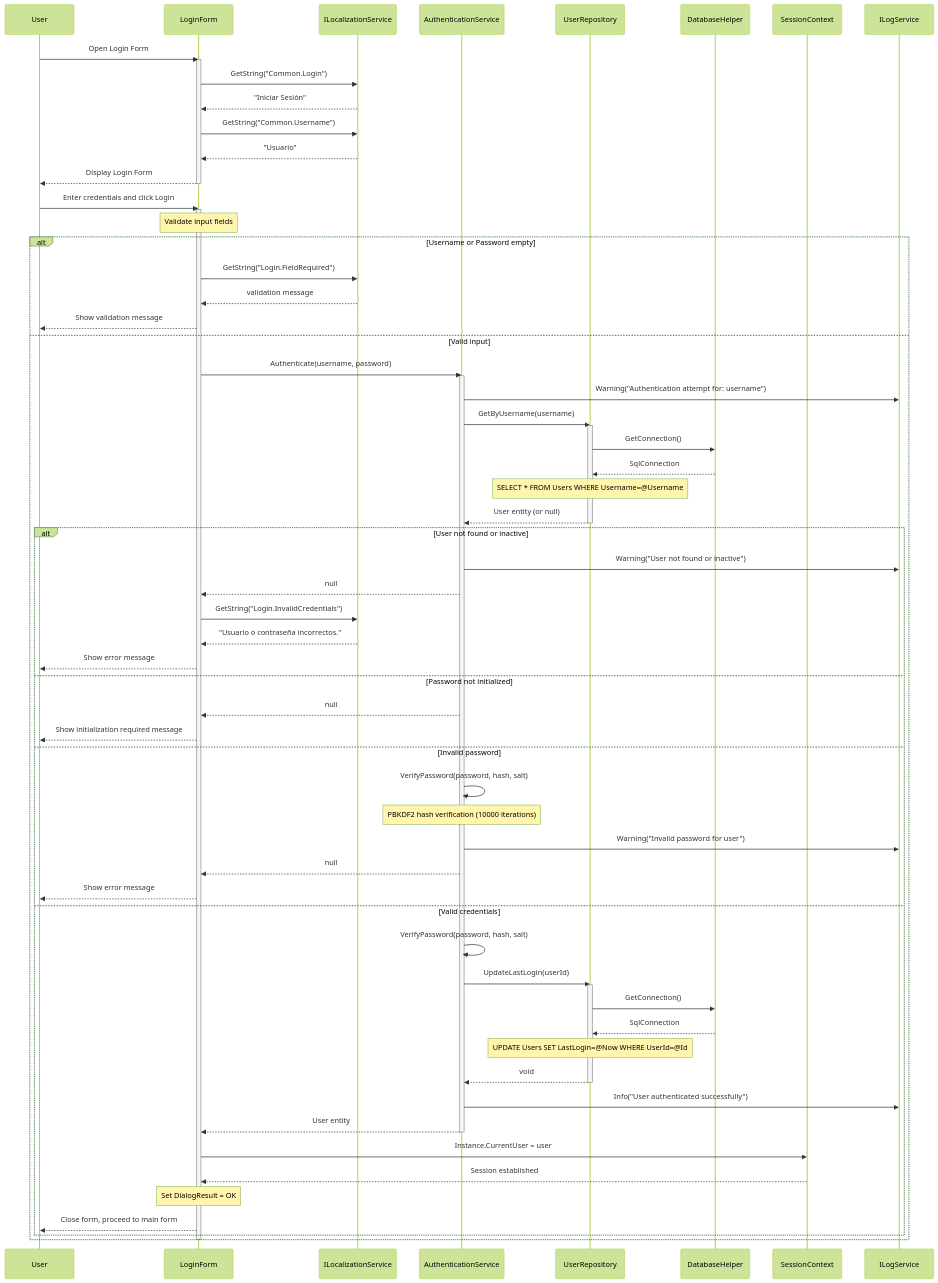
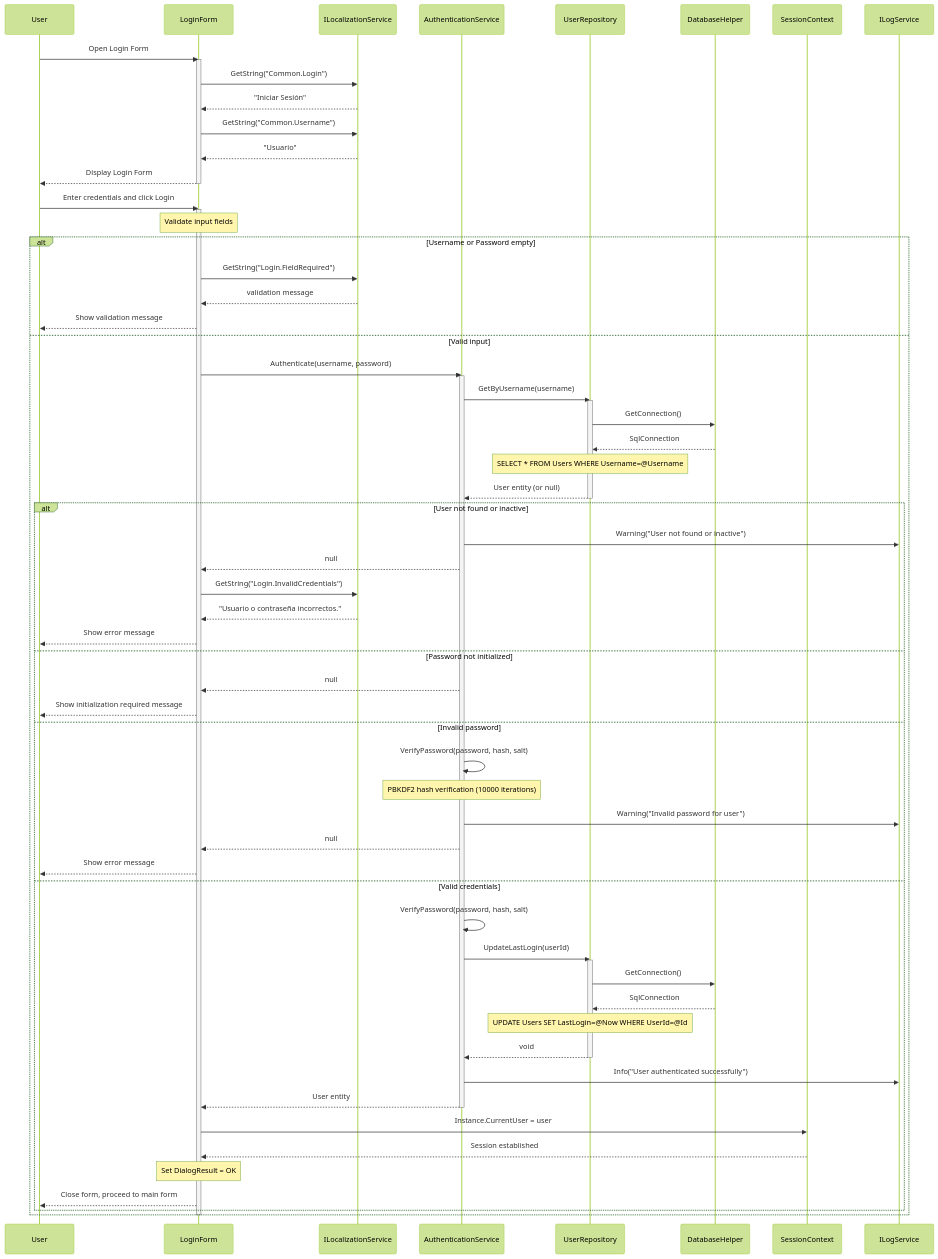
The first of 2 diagrams in Documentation/UML_Diagrams/02_Login_Process_Sequence_Diagram.md (nahuk86/tp_diploma_nk_2026), drawn with Mermaid (forest theme) before and after one commit. The commit also changed 6 other files, not shown here.

Commit message:
Update UML diagrams 01-07 to reflect actual implementation

````diff
--- a/Documentation/UML_Diagrams/02_Login_Process_Sequence_Diagram.md
+++ b/Documentation/UML_Diagrams/02_Login_Process_Sequence_Diagram.md
@@ -9,74 +9,73 @@
 ```mermaid
 sequenceDiagram
     participant User as User
     participant UI as LoginForm
     participant Loc as ILocalizationService
     participant Auth as AuthenticationService
     participant UserRepo as UserRepository
     participant DB as DatabaseHelper
     participant Session as SessionContext
     participant Log as ILogService
 
     User->>UI: Open Login Form
     activate UI
     UI->>Loc: GetString("Common.Login")
     Loc-->>UI: "Iniciar Sesión"
     UI->>Loc: GetString("Common.Username")
     Loc-->>UI: "Usuario"
     UI-->>User: Display Login Form
     deactivate UI
 
     User->>UI: Enter credentials and click Login
     activate UI
     Note over UI: Validate input fields
     alt Username or Password empty
         UI->>Loc: GetString("Login.FieldRequired")
         Loc-->>UI: validation message
         UI-->>User: Show validation message
     else Valid input
         UI->>Auth: Authenticate(username, password)
         activate Auth
-        Auth->>Log: Warning("Authentication attempt for: username")
         Auth->>UserRepo: GetByUsername(username)
         activate UserRepo
         UserRepo->>DB: GetConnection()
         DB-->>UserRepo: SqlConnection
         Note over UserRepo: SELECT * FROM Users WHERE Username=@Username
         UserRepo-->>Auth: User entity (or null)
         deactivate UserRepo
 
         alt User not found or inactive
             Auth->>Log: Warning("User not found or inactive")
             Auth-->>UI: null
             UI->>Loc: GetString("Login.InvalidCredentials")
             Loc-->>UI: "Usuario o contraseña incorrectos."
             UI-->>User: Show error message
         else Password not initialized
             Auth-->>UI: null
             UI-->>User: Show initialization required message
         else Invalid password
             Auth->>Auth: VerifyPassword(password, hash, salt)
             Note over Auth: PBKDF2 hash verification (10000 iterations)
             Auth->>Log: Warning("Invalid password for user")
             Auth-->>UI: null
             UI-->>User: Show error message
         else Valid credentials
             Auth->>Auth: VerifyPassword(password, hash, salt)
             Auth->>UserRepo: UpdateLastLogin(userId)
             activate UserRepo
             UserRepo->>DB: GetConnection()
             DB-->>UserRepo: SqlConnection
             Note over UserRepo: UPDATE Users SET LastLogin=@Now WHERE UserId=@Id
             UserRepo-->>Auth: void
             deactivate UserRepo
             Auth->>Log: Info("User authenticated successfully")
             Auth-->>UI: User entity
             deactivate Auth
             UI->>Session: Instance.CurrentUser = user
             Session-->>UI: Session established
             Note over UI: Set DialogResult = OK
             UI-->>User: Close form, proceed to main form
         end
     end
     deactivate UI
 ```
````
